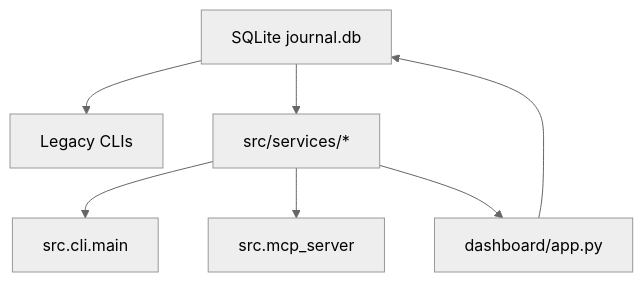
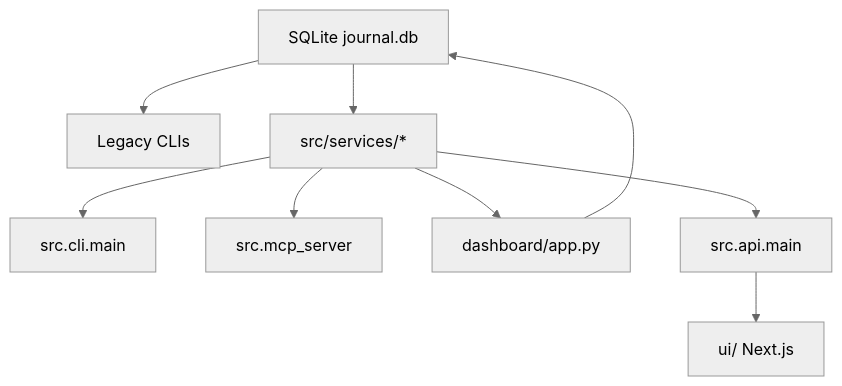
The diagram in docs/refactor-status-handoff.md (bv2026/trading_journal), drawn with Mermaid (neutral theme) before and after one commit. The commit also changed other lines of this file and 15 other files, not shown here.

Commit message:
Add FastAPI backend and Next dashboard scaffold

````diff
--- a/docs/refactor-status-handoff.md
+++ b/docs/refactor-status-handoff.md
@@ -159,16 +260,20 @@
 ```mermaid
 flowchart TD
     DB["SQLite journal.db"]
     LegacyCLI["Legacy CLIs"]
     UnifiedCLI["src.cli.main"]
     MCP["src.mcp_server"]
     Dashboard["dashboard/app.py"]
+    API["src.api.main"]
+    NextUI["ui/ Next.js"]
     Services["src/services/*"]
 
     DB --> Services
     Services --> UnifiedCLI
     Services --> MCP
     Services --> Dashboard
+    Services --> API
+    API --> NextUI
     DB --> LegacyCLI
     Dashboard --> DB
 ```
````
